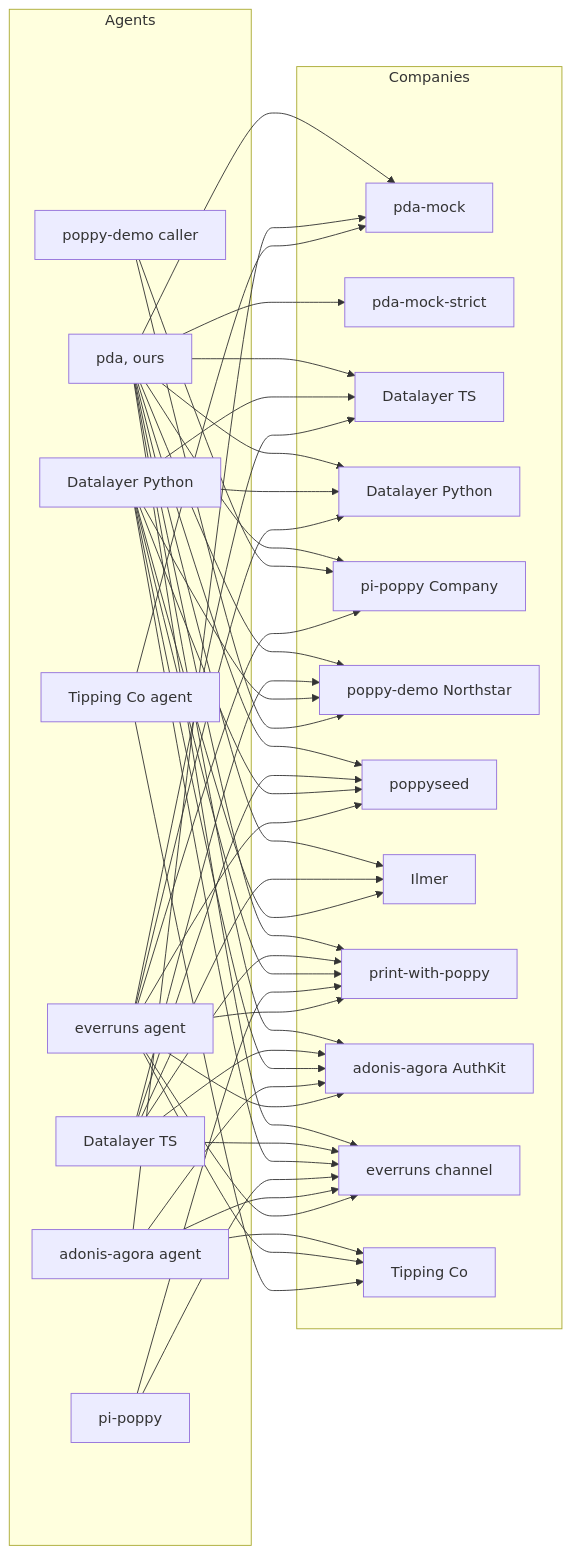
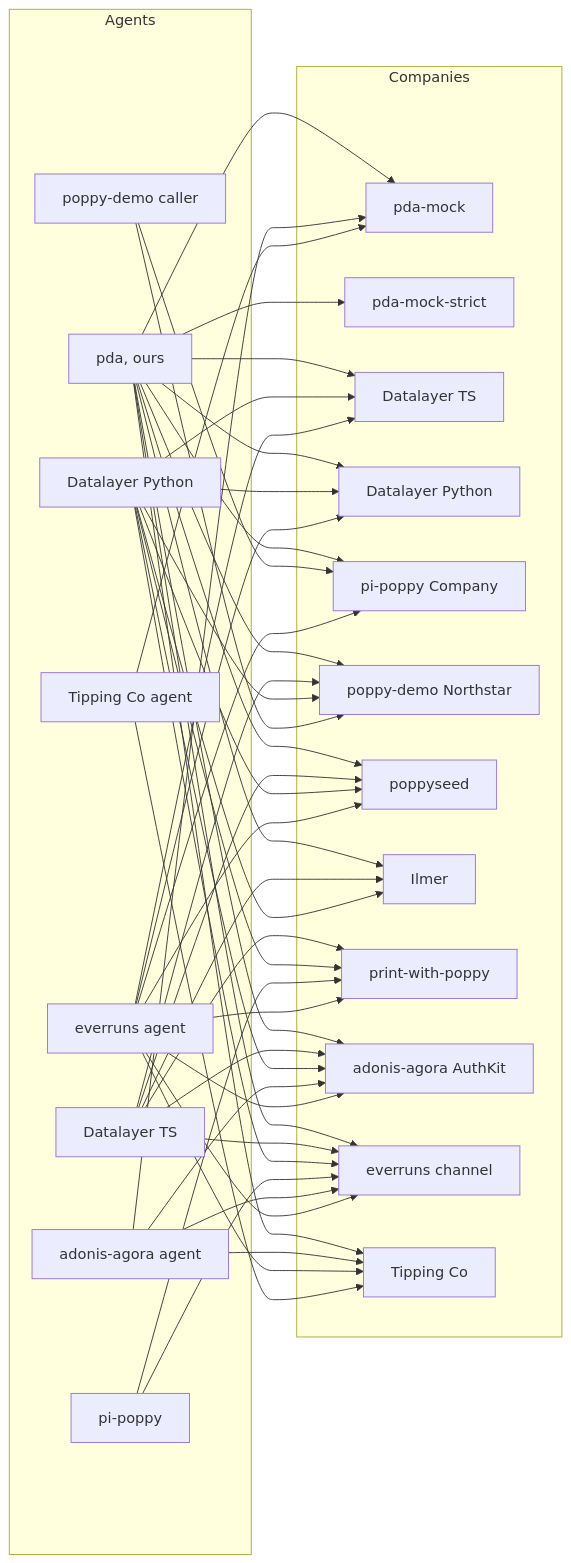
One commit to adewale/pda changed the diagram in docs/ecosystem.md. Above: the diagram before and after it, drawn with Mermaid. The commit also changed other lines of this file and 6 other files, not shown here.

````diff
--- a/docs/ecosystem.md
+++ b/docs/ecosystem.md
@@ -168,35 +192,35 @@
 ```mermaid
 flowchart LR
   subgraph Agents
     pda[pda, ours]
     dlts[Datalayer TS]
     dlpy[Datalayer Python]
     pi[pi-poppy]
     demo[poppy-demo caller]
     adonis[adonis-agora agent]
     evag[everruns agent]
     tcag[Tipping Co agent]
   end
   subgraph Companies
     mock[pda-mock]
     strict[pda-mock-strict]
     mts[Datalayer TS]
     mpy[Datalayer Python]
     pico[pi-poppy Company]
     north[poppy-demo Northstar]
     seed[poppyseed]
     ilmer[Ilmer]
     pwp[print-with-poppy]
     authkit[adonis-agora AuthKit]
     evco[everruns channel]
     tcco[Tipping Co]
   end
-  pda --> mock & strict & mts & mpy & pico & north & seed & ilmer & pwp & authkit & evco
+  pda --> mock & strict & mts & mpy & pico & north & seed & ilmer & authkit & evco & tcco
   dlts --> north & seed & ilmer & pwp & authkit & evco
   dlpy --> mts & mpy & north & seed & ilmer & pwp & authkit & evco
   pi --> pwp & evco
   demo --> pico & north
   adonis --> mock & authkit & evco & tcco
   evag --> mts & mpy & pico & seed & pwp & authkit & evco & tcco
   tcag --> mock & tcco
 ```
````
